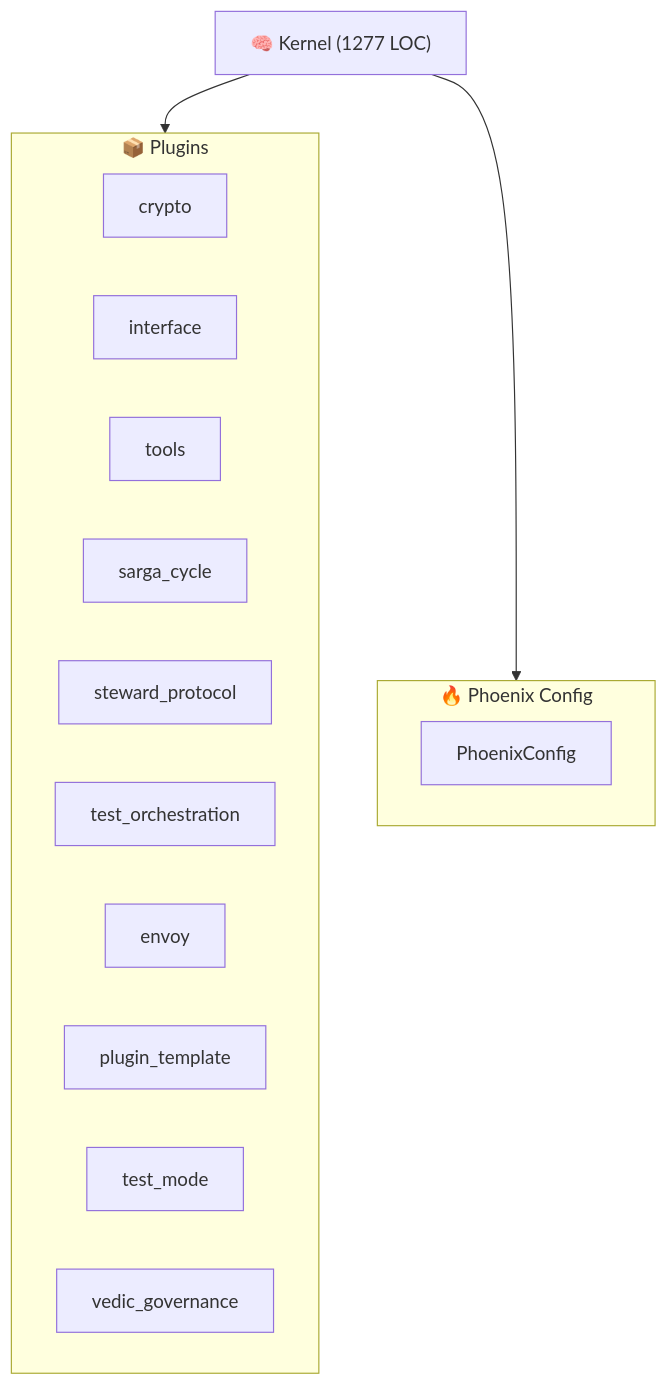
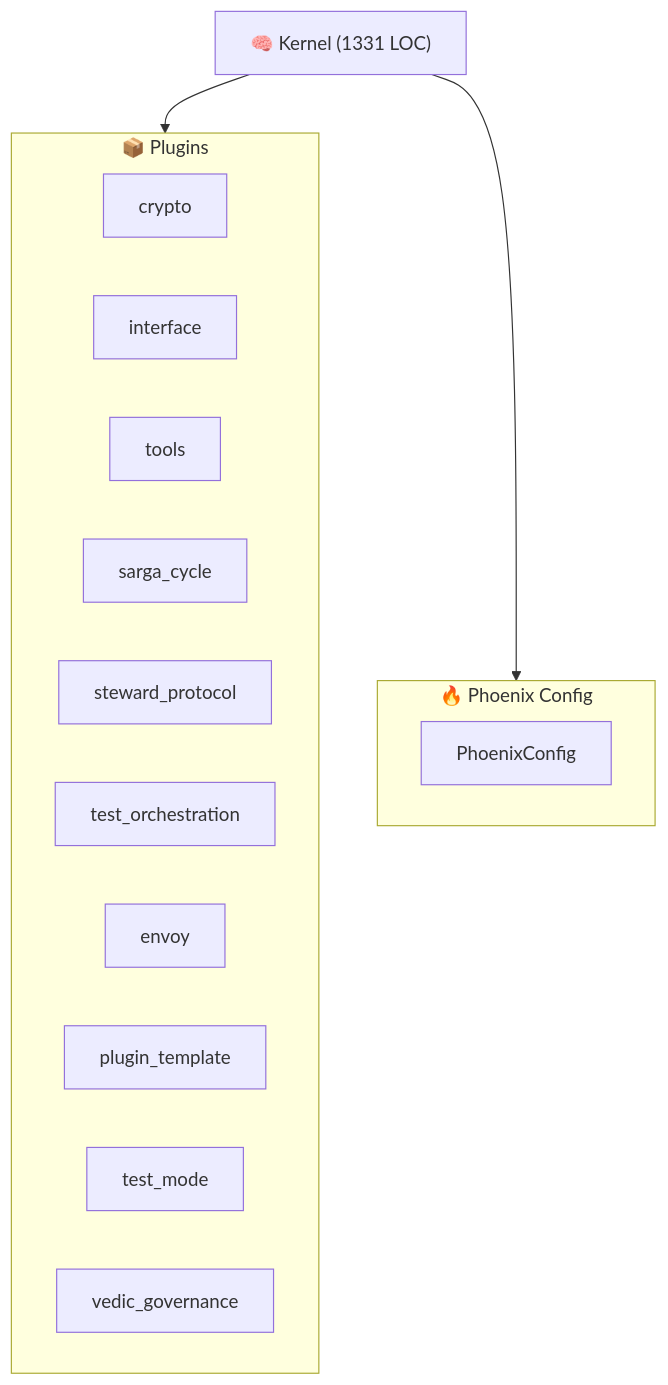
One commit to kimeisele/steward-protocol changed the diagram in ARCHITECTURE.md. Above: the diagram before and after it, drawn with Mermaid. The commit also changed other lines of this file and 15 other files, not shown here.

````diff
--- a/ARCHITECTURE.md
+++ b/ARCHITECTURE.md
@@ -9,21 +9,21 @@
 ```mermaid
 graph TB
-    K["🧠 Kernel (1277 LOC)"]
+    K["🧠 Kernel (1331 LOC)"]
     subgraph Plugins["📦 Plugins"]
         P_crypto["crypto"]
         P_interface["interface"]
         P_tools["tools"]
         P_sarga_cycle["sarga_cycle"]
         P_steward_protocol["steward_protocol"]
         P_test_orchestration["test_orchestration"]
         P_envoy["envoy"]
         P_plugin_template["plugin_template"]
         P_test_mode["test_mode"]
         P_vedic_governance["vedic_governance"]
     end
     K --> Plugins
     subgraph Config["🔥 Phoenix Config"]
         PC[PhoenixConfig]
     end
     K --> Config
 ```
````
